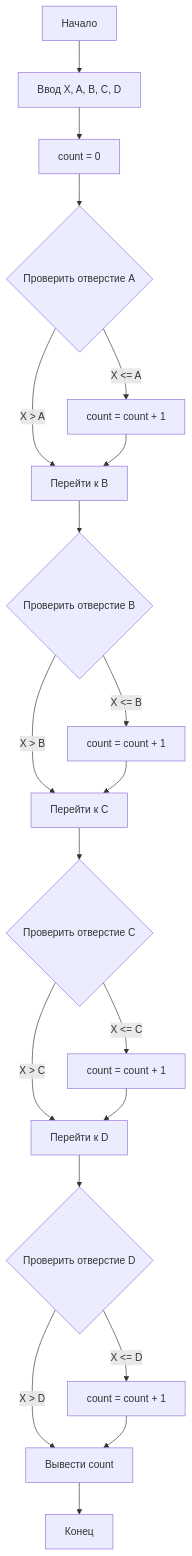
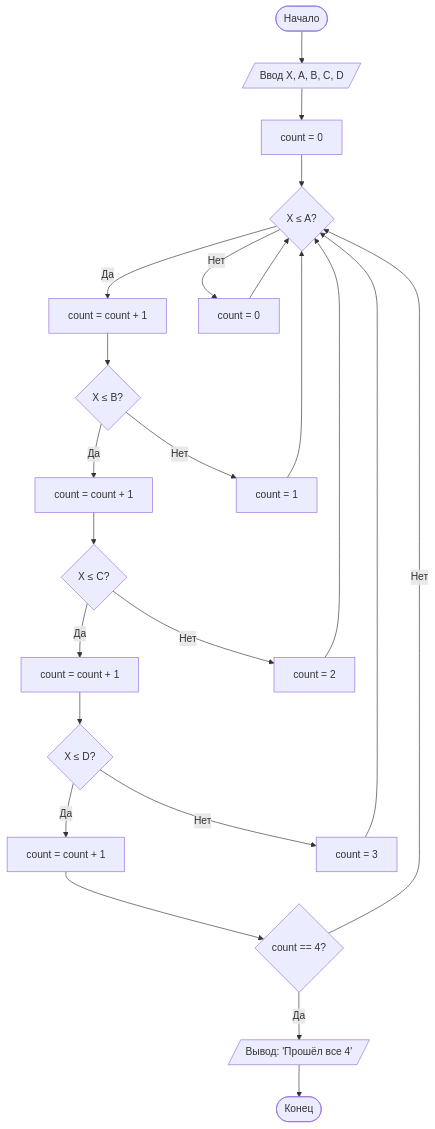
The diagram in README.md (vidermanaleksandra/Lab1), drawn with Mermaid before and after one commit. The commit also changed other lines of this file, not shown here.

````diff
--- a/README.md
+++ b/README.md
@@ -76,23 +77,36 @@
  ```mermaid
  flowchart TD
-    A[Начало] --> B[Ввод X, A, B, C, D]
-    B --> C[count = 0]
-    C --> D{Проверить отверстие A}
-    D --> |X <= A| E[count = count + 1]
-    D --> |X > A| F[Перейти к B]
-    E --> F
-    F --> G{Проверить отверстие B}
-    G --> |X <= B| H[count = count + 1]
-    G --> |X > B| I[Перейти к C]
-    H --> I
-    I --> J{Проверить отверстие C}
-    J --> |X <= C| K[count = count + 1]
-    J --> |X > C| L[Перейти к D]
-    K --> L
-    L --> M{Проверить отверстие D}
-    M --> |X <= D| N[count = count + 1]
-    M --> |X > D| O[Вывести count]
-    N --> O
-    O --> P[Конец]
+    Start([Начало]) --> Input[/Ввод X, A, B, C, D/]
+    Input --> Init[count = 0]
+
+    Init --> CheckA{X ≤ A?}
+    CheckA -- Да --> IncA[count = count + 1]
+    CheckA -- Нет --> ResetA[count = 0]
+
+    IncA --> CheckB
+    ResetA --> CheckA
+
+    CheckB{X ≤ B?} -- Да --> IncB[count = count + 1]
+    CheckB -- Нет --> ResetB[count = 1]
+
+    IncB --> CheckC
+    ResetB --> CheckA
+
+    CheckC{X ≤ C?} -- Да --> IncC[count = count + 1]
+    CheckC -- Нет --> ResetC[count = 2]
+
+    IncC --> CheckD
+    ResetC --> CheckA
+
+    CheckD{X ≤ D?} -- Да --> IncD[count = count + 1]
+    CheckD -- Нет --> ResetD[count = 3]
+
+    IncD --> Success{count == 4?}
+    ResetD --> CheckA
+
+    Success -- Да --> Output[/Вывод: 'Прошёл все 4'/]
+    Success -- Нет --> CheckA
+
+    Output --> End([Конец])
 
 ```
````
